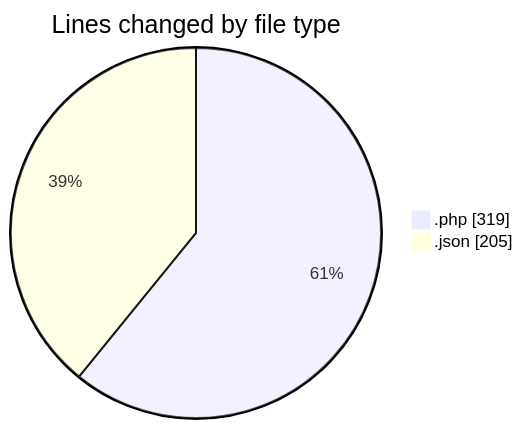
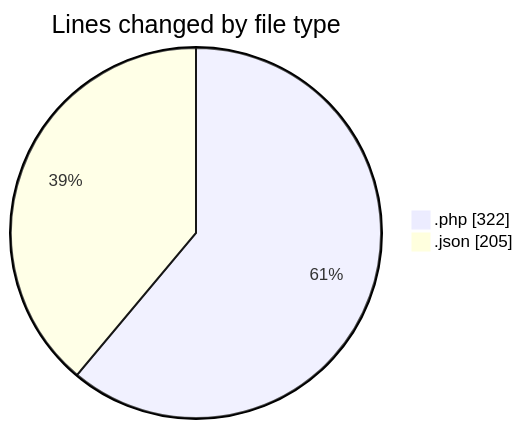
One commit to idhammustaqopulfikri/code-tracking changed the first of 2 diagrams in 2025-04-13/autodidak/README.md. Above: the diagram before and after it, drawn with Mermaid. The commit also changed other lines of this file and 1 other file, not shown here.

````diff
--- a/2025-04-13/autodidak/README.md
+++ b/2025-04-13/autodidak/README.md
@@ -27,6 +27,6 @@
 ```mermaid
 pie showData
 title Lines changed by file type
-".php" : 319
+".php" : 322
 ".json" : 205
 ```
````
